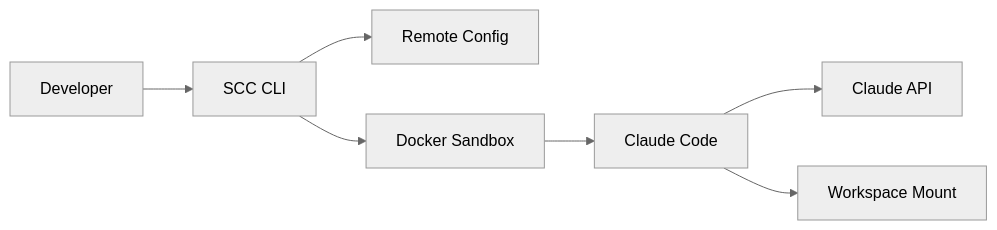
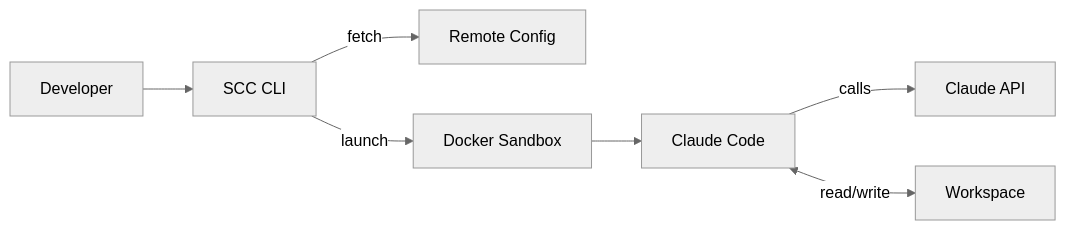
Before and after one commit to CCimen/scc: the first of 3 diagrams in docs/ARCHITECTURE.md, drawn with Mermaid (neutral theme). The commit also changed other lines of this file and 18 other files, not shown here.

````diff
--- a/docs/ARCHITECTURE.md
+++ b/docs/ARCHITECTURE.md
@@ -7,9 +7,9 @@
 ```mermaid
 graph LR
-    A[Developer] --> B[SCC CLI]
-    B --> C[Remote Config]
-    B --> D[Docker Sandbox]
-    D --> E[Claude Code]
-    E --> F[Claude API]
-    E --> G[Workspace Mount]
+    Dev[Developer] --> CLI[SCC CLI]
+    CLI -->|fetch| Config[Remote Config]
+    CLI -->|launch| Sandbox[Docker Sandbox]
+    Sandbox --> Claude[Claude Code]
+    Claude -->|calls| API[Claude API]
+    Claude <-->|read/write| Workspace[Workspace]
 ```
````
